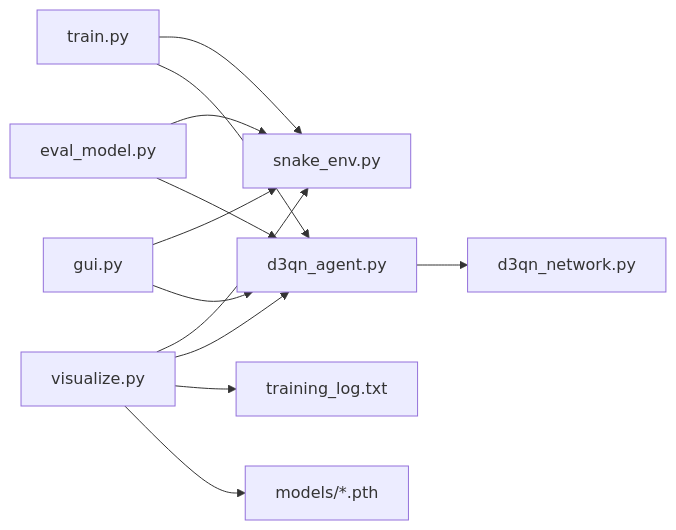
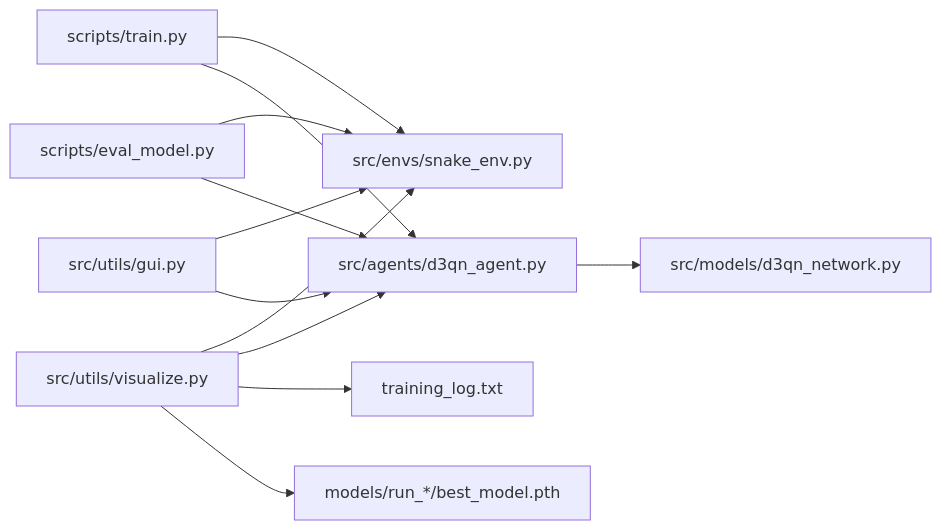
Before and after one commit to fuweiq94-cloud/3399180760000: the eighth of 8 diagrams in .qoder/repowiki/zh/content/演示和测试/可视化报告系统.md, drawn with Mermaid. The commit also changed other lines of this file and 75 other files, not shown here.

````diff
--- a/.qoder/repowiki/zh/content/演示和测试/可视化报告系统.md
+++ b/.qoder/repowiki/zh/content/演示和测试/可视化报告系统.md
@@ -324,14 +352,14 @@
 ```mermaid
 graph LR
-train_py["train.py"] --> env_py["snake_env.py"]
-train_py --> agent_py["d3qn_agent.py"]
-agent_py --> net_py["d3qn_network.py"]
-eval_py["eval_model.py"] --> env_py
+train_py["scripts/train.py"] --> env_py["src/envs/snake_env.py"]
+train_py --> agent_py["src/agents/d3qn_agent.py"]
+agent_py --> net_py["src/models/d3qn_network.py"]
+eval_py["scripts/eval_model.py"] --> env_py
 eval_py --> agent_py
-vis_py["visualize.py"] --> env_py
+vis_py["src/utils/visualize.py"] --> env_py
 vis_py --> agent_py
 vis_py --> log["training_log.txt"]
-vis_py --> models["models/*.pth"]
-gui_py["gui.py"] --> env_py
+vis_py --> models["models/run_*/best_model.pth"]
+gui_py["src/utils/gui.py"] --> env_py
 gui_py --> agent_py
 ```
````
